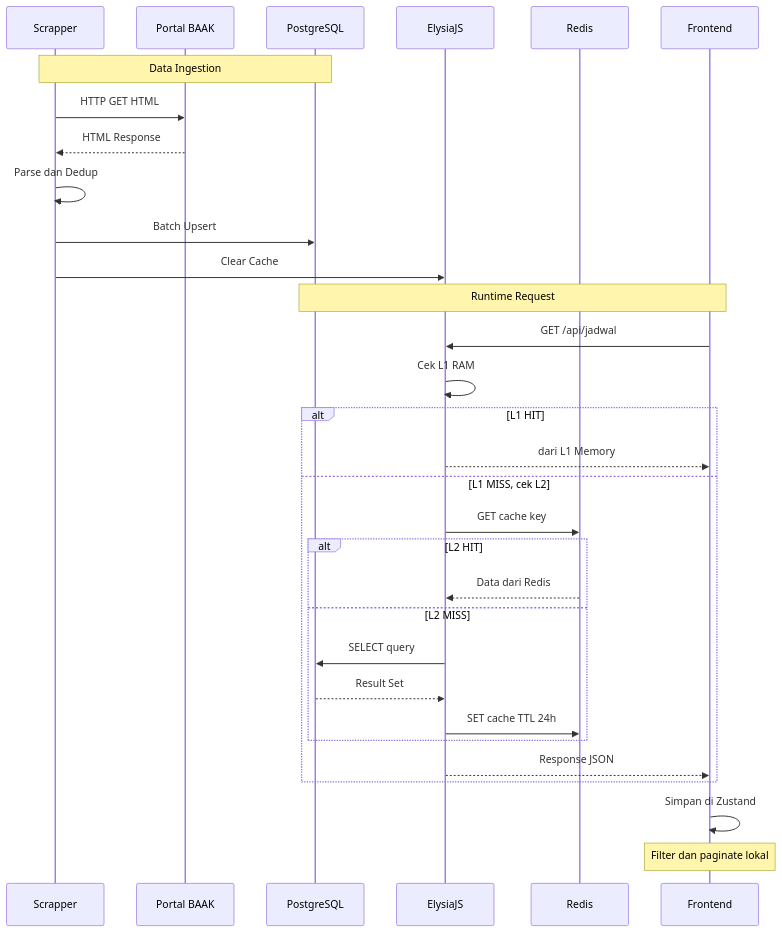
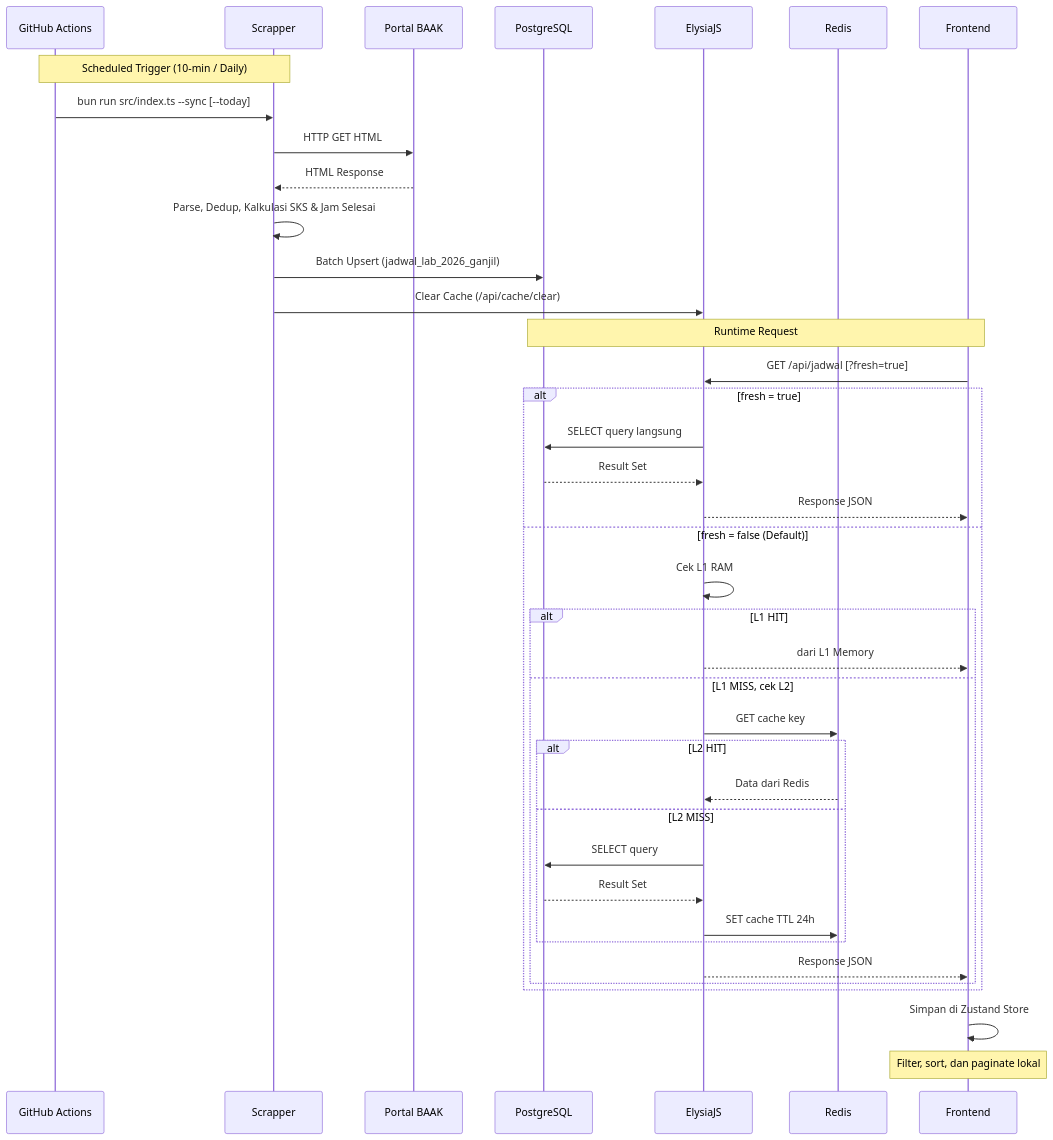
Before and after one commit to Aslab-Unama/jadwal-kuliah-unama: the second of 2 diagrams in overview.md, drawn with Mermaid. The commit also changed other lines of this file, not shown here.

Commit message:
docs: update technical overview with SKS calculation, new tables, and v1.1.0 stack

````diff
--- a/overview.md
+++ b/overview.md
@@ -125,37 +145,45 @@
 ```mermaid
 sequenceDiagram
+    participant GHA as GitHub Actions
     participant SCR as Scrapper
     participant BAAK as Portal BAAK
     participant DB as PostgreSQL
     participant API as ElysiaJS
     participant REDIS as Redis
     participant WEB as Frontend
 
-    Note over SCR,DB: Data Ingestion
+    Note over GHA,SCR: Scheduled Trigger (10-min / Daily)
+    GHA->>SCR: bun run src/index.ts --sync [--today]
     SCR->>BAAK: HTTP GET HTML
     BAAK-->>SCR: HTML Response
-    SCR->>SCR: Parse dan Dedup
-    SCR->>DB: Batch Upsert
-    SCR->>API: Clear Cache
+    SCR->>SCR: Parse, Dedup, Kalkulasi SKS & Jam Selesai
+    SCR->>DB: Batch Upsert (jadwal_lab_2026_ganjil)
+    SCR->>API: Clear Cache (/api/cache/clear)
 
     Note over WEB,DB: Runtime Request
-    WEB->>API: GET /api/jadwal
-    API->>API: Cek L1 RAM
-
-    alt L1 HIT
-        API-->>WEB: dari L1 Memory
-    else L1 MISS, cek L2
-        API->>REDIS: GET cache key
-        alt L2 HIT
-            REDIS-->>API: Data dari Redis
-        else L2 MISS
-            API->>DB: SELECT query
-            DB-->>API: Result Set
-            API->>REDIS: SET cache TTL 24h
+    WEB->>API: GET /api/jadwal [?fresh=true]
+    
+    alt fresh = true
+        API->>DB: SELECT query langsung
+        DB-->>API: Result Set
+        API-->>WEB: Response JSON
+    else fresh = false (Default)
+        API->>API: Cek L1 RAM
+        alt L1 HIT
+            API-->>WEB: dari L1 Memory
+        else L1 MISS, cek L2
+            API->>REDIS: GET cache key
+            alt L2 HIT
+                REDIS-->>API: Data dari Redis
+            else L2 MISS
+                API->>DB: SELECT query
+                DB-->>API: Result Set
+                API->>REDIS: SET cache TTL 24h
+            end
+            API-->>WEB: Response JSON
         end
-        API-->>WEB: Response JSON
     end
 
-    WEB->>WEB: Simpan di Zustand
-    Note over WEB: Filter dan paginate lokal
+    WEB->>WEB: Simpan di Zustand Store
+    Note over WEB: Filter, sort, dan paginate lokal
 ```
````
